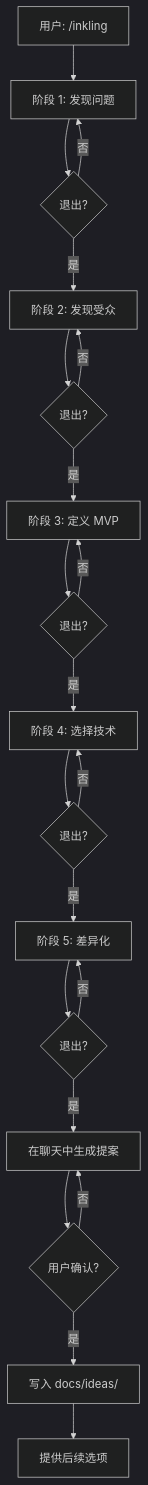
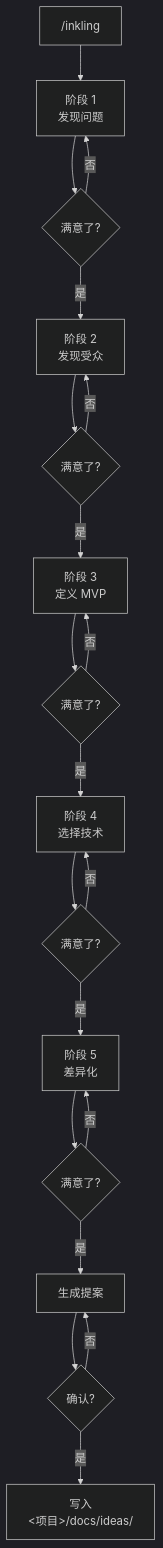
The diagram in README.zh.md (Eververdants/inkling), drawn with Mermaid (dark theme) before and after one commit. The commit also changed other lines of this file and 8 other files, not shown here.

````diff
--- a/README.zh.md
+++ b/README.zh.md
@@ -45,23 +85,22 @@
 ```mermaid
 flowchart TD
-    A[用户: /inkling] --> B[阶段 1: 发现问题]
-    B --> C{退出?}
+    A["/inkling"] --> B[阶段 1<br/>发现问题]
+    B --> C{满意了?}
     C -->|否| B
-    C -->|是| D[阶段 2: 发现受众]
-    D --> E{退出?}
+    C -->|是| D[阶段 2<br/>发现受众]
+    D --> E{满意了?}
     E -->|否| D
-    E -->|是| F[阶段 3: 定义 MVP]
-    F --> G{退出?}
+    E -->|是| F[阶段 3<br/>定义 MVP]
+    F --> G{满意了?}
     G -->|否| F
-    G -->|是| H[阶段 4: 选择技术]
-    H --> I{退出?}
+    G -->|是| H[阶段 4<br/>选择技术]
+    H --> I{满意了?}
     I -->|否| H
-    I -->|是| J[阶段 5: 差异化]
-    J --> K{退出?}
+    I -->|是| J[阶段 5<br/>差异化]
+    J --> K{满意了?}
     K -->|否| J
-    K -->|是| L[在聊天中生成提案]
-    L --> M{用户确认?}
+    K -->|是| L[生成提案]
+    L --> M{确认?}
     M -->|否| L
-    M -->|是| N[写入 docs/ideas/]
-    N --> O[提供后续选项]
+    M -->|是| N["写入<br/><项目>/docs/ideas/"]
 ```
````
